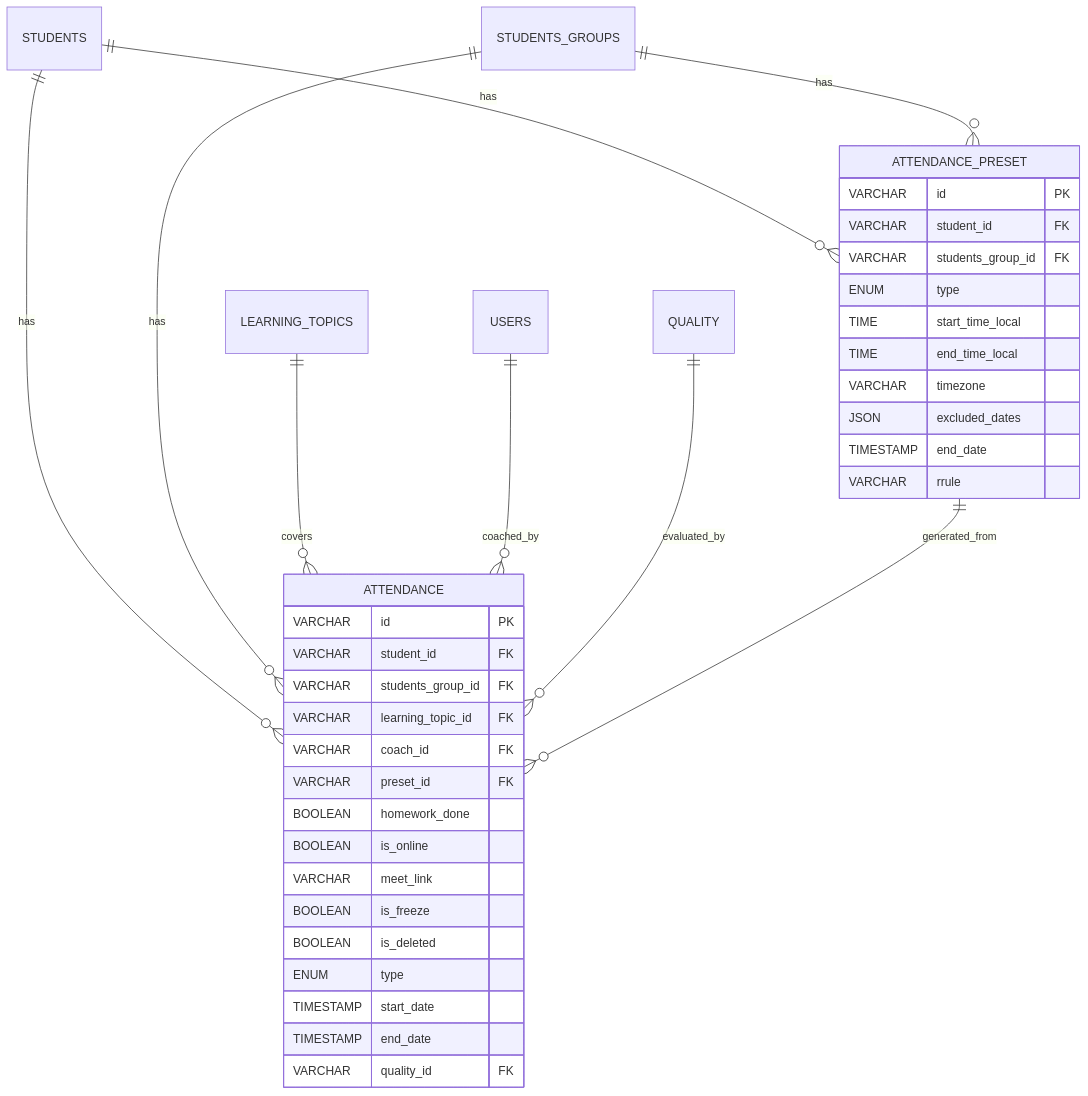
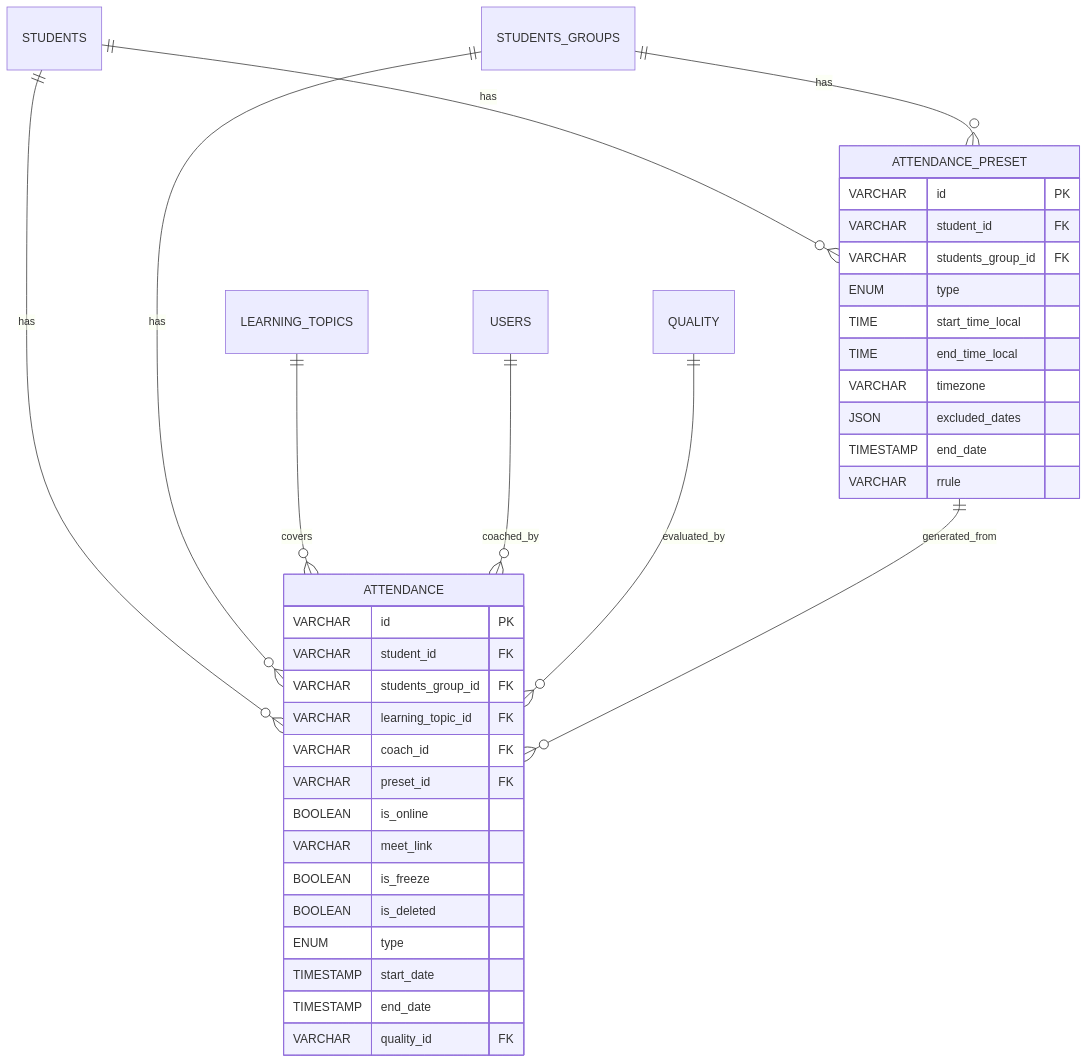
Before and after one commit to APorechniy/ChessApp: the diagram in apps/database/docs/attendance.md, drawn with Mermaid. The commit also changed other lines of this file and 7 other files, not shown here.

Commit message:
Remove homework_done field

````diff
--- a/apps/database/docs/attendance.md
+++ b/apps/database/docs/attendance.md
@@ -9,42 +9,41 @@
 ```mermaid
 erDiagram
     ATTENDANCE_PRESET {
         VARCHAR id PK
         VARCHAR student_id FK
         VARCHAR students_group_id FK
         ENUM type
         TIME start_time_local
         TIME end_time_local
         VARCHAR timezone
         JSON excluded_dates
         TIMESTAMP end_date
         VARCHAR rrule
     }
 
     ATTENDANCE {
         VARCHAR id PK
         VARCHAR student_id FK
         VARCHAR students_group_id FK
         VARCHAR learning_topic_id FK
         VARCHAR coach_id FK
         VARCHAR preset_id FK
-        BOOLEAN homework_done
         BOOLEAN is_online
         VARCHAR meet_link
         BOOLEAN is_freeze
         BOOLEAN is_deleted
         ENUM type
         TIMESTAMP start_date
         TIMESTAMP end_date
         VARCHAR quality_id FK
     }
 
     STUDENTS ||--o{ ATTENDANCE : "has"
     STUDENTS_GROUPS ||--o{ ATTENDANCE : "has"
     STUDENTS ||--o{ ATTENDANCE_PRESET : "has"
     STUDENTS_GROUPS ||--o{ ATTENDANCE_PRESET : "has"
     LEARNING_TOPICS ||--o{ ATTENDANCE : "covers"
     USERS ||--o{ ATTENDANCE : "coached_by"
     QUALITY ||--o{ ATTENDANCE : "evaluated_by"
     ATTENDANCE_PRESET ||--o{ ATTENDANCE : "generated_from"
 ```
````
